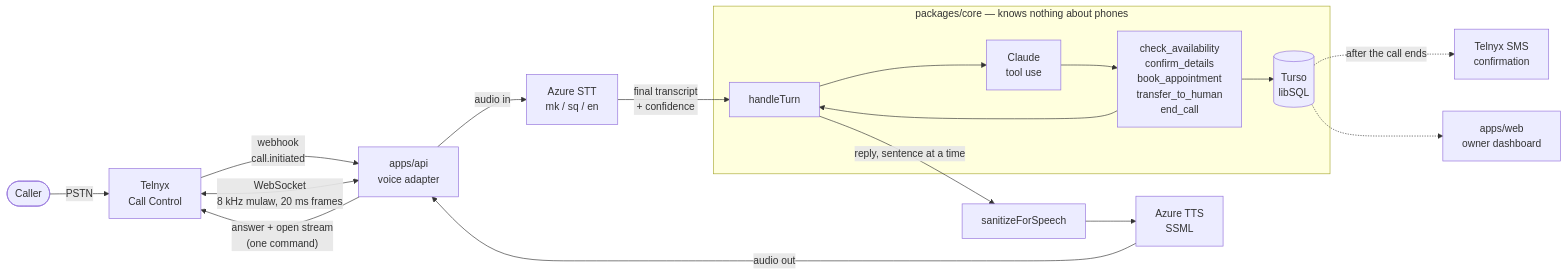
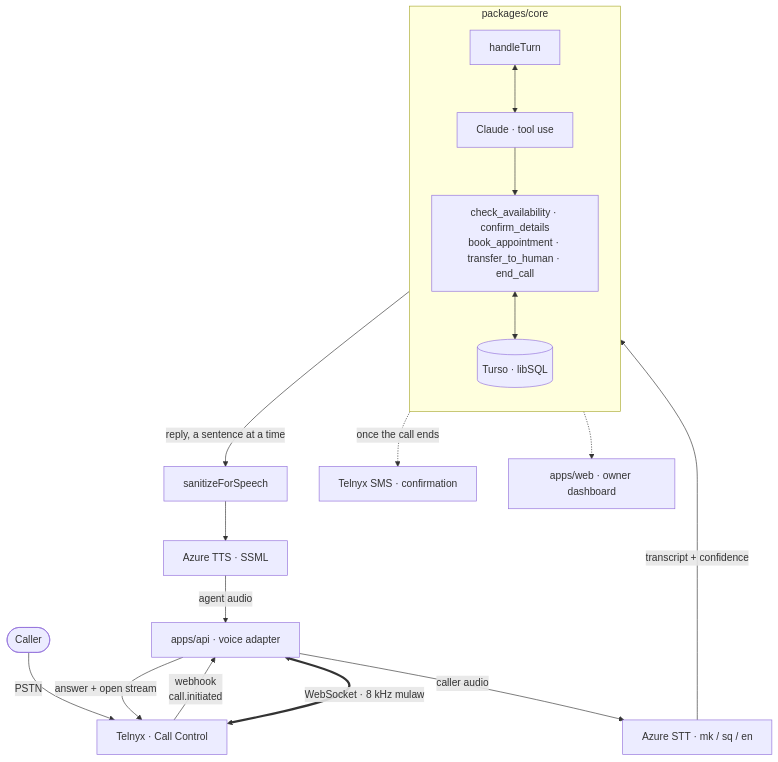
The first of 2 diagrams in README.md (0kuculov/frontly), drawn with Mermaid before and after one commit. The commit also changed other lines of this file, not shown here.

Commit message:
Make the call-path diagram legible, not just valid
It rendered without a syntax error and was unreadable — flowchart LR laid the
eight-deep call path out sideways at 872px, which GitHub's ~900px reading
column shrinks until the node labels are illegible. Valid is not the same as
displays correctly.

Top-down instead, and the labels shortened until nothing overlaps: the long
subgraph title was colliding with the first node inside it, so "knows nothing
about phones" moved from the box into the prose, where it can be argued rather
than crammed. The 20 ms frame detail moved with it and gained the reason it
matters — a simulation that stops sending between turns is not a phone call.

Verified by running both diagrams through mermaid 11.4.1 in a browser at an
880px column, which is what GitHub does client-side: 2 SVGs, no errors, no
syntax-error icon.

````diff
--- a/README.md
+++ b/README.md
@@ -84,25 +84,24 @@
 ```mermaid
-flowchart LR
-  caller([Caller]) -->|PSTN| telnyx[Telnyx<br/>Call Control]
+flowchart TD
+  caller([Caller]) -->|PSTN| telnyx["Telnyx · Call Control"]
+  telnyx -->|"webhook<br/>call.initiated"| api
+  api -->|"answer + open stream"| telnyx
+  telnyx <==>|"WebSocket · 8 kHz mulaw"| api
 
-  telnyx -->|"webhook<br/>call.initiated"| api["apps/api<br/>voice adapter"]
-  api -->|"answer + open stream<br/>(one command)"| telnyx
-  telnyx <-->|"WebSocket<br/>8 kHz mulaw, 20 ms frames"| api
+  api["apps/api · voice adapter"] -->|caller audio| stt["Azure STT · mk / sq / en"]
+  stt -->|"transcript + confidence"| engine
 
-  api -->|audio in| stt[Azure STT<br/>mk / sq / en]
-  stt -->|"final transcript<br/>+ confidence"| engine
-
-  subgraph core["packages/core — knows nothing about phones"]
-    engine[handleTurn] --> model[Claude<br/>tool use]
-    model --> tools["check_availability<br/>confirm_details<br/>book_appointment<br/>transfer_to_human<br/>end_call"]
-    tools --> db[(Turso<br/>libSQL)]
-    tools --> engine
+  subgraph core ["packages/core"]
+    direction TB
+    engine["handleTurn"] <--> model["Claude · tool use"]
+    model --> tools["check_availability · confirm_details<br/>book_appointment · transfer_to_human · end_call"]
+    tools <--> db[("Turso · libSQL")]
   end
 
-  engine -->|"reply, sentence at a time"| sanitize[sanitizeForSpeech]
-  sanitize --> tts[Azure TTS<br/>SSML]
-  tts -->|audio out| api
+  engine -->|"reply, a sentence at a time"| sanitize["sanitizeForSpeech"]
+  sanitize --> tts["Azure TTS · SSML"]
+  tts -->|agent audio| api
 
-  db -.->|after the call ends| sms[Telnyx SMS<br/>confirmation]
-  db -.-> dash["apps/web<br/>owner dashboard"]
+  db -.->|once the call ends| sms["Telnyx SMS · confirmation"]
+  db -.-> dash["apps/web · owner dashboard"]
 ```
````
